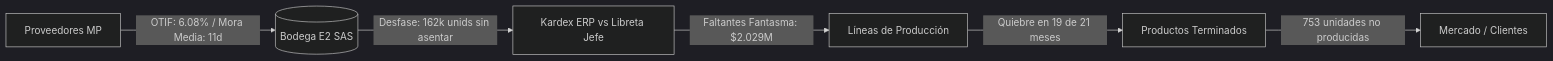
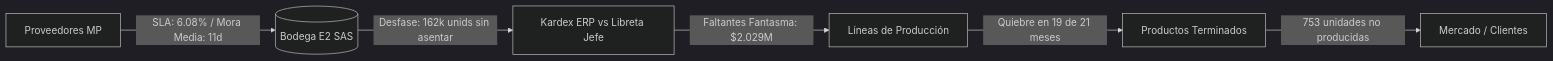
The first of 4 diagrams in informes/INFORME_FINAL_DIAGNOSTICO_Y_LINEA_BASE_E1.md (juliancarmotrice-star/E2), drawn with Mermaid (dark theme) before and after one commit. The commit also changed other lines of this file and 15 other files, not shown here.

Commit message:
docs: harmonize SLA and ERI terminology across all reports and align architecture section 6 baseline figures

````diff
--- a/informes/INFORME_FINAL_DIAGNOSTICO_Y_LINEA_BASE_E1.md
+++ b/informes/INFORME_FINAL_DIAGNOSTICO_Y_LINEA_BASE_E1.md
@@ -44,8 +44,8 @@
 ```mermaid
 flowchart LR
-    A[Proveedores MP] -->|OTIF: 6.08% / Mora Media: 11d| B[(Bodega E2 SAS)]
+    A[Proveedores MP] -->|SLA: 6.08% / Mora Media: 11d| B[(Bodega E2 SAS)]
     B -->|Desfase: 162k unids sin asentar| C[Kardex ERP vs Libreta Jefe]
     C -->|Faltantes Fantasma: $2.029M| D[Líneas de Producción]
     D -->|Quiebre en 19 de 21 meses| E[Productos Terminados]
     E -->|753 unidades no producidas| F[Mercado / Clientes]
 ```
````
